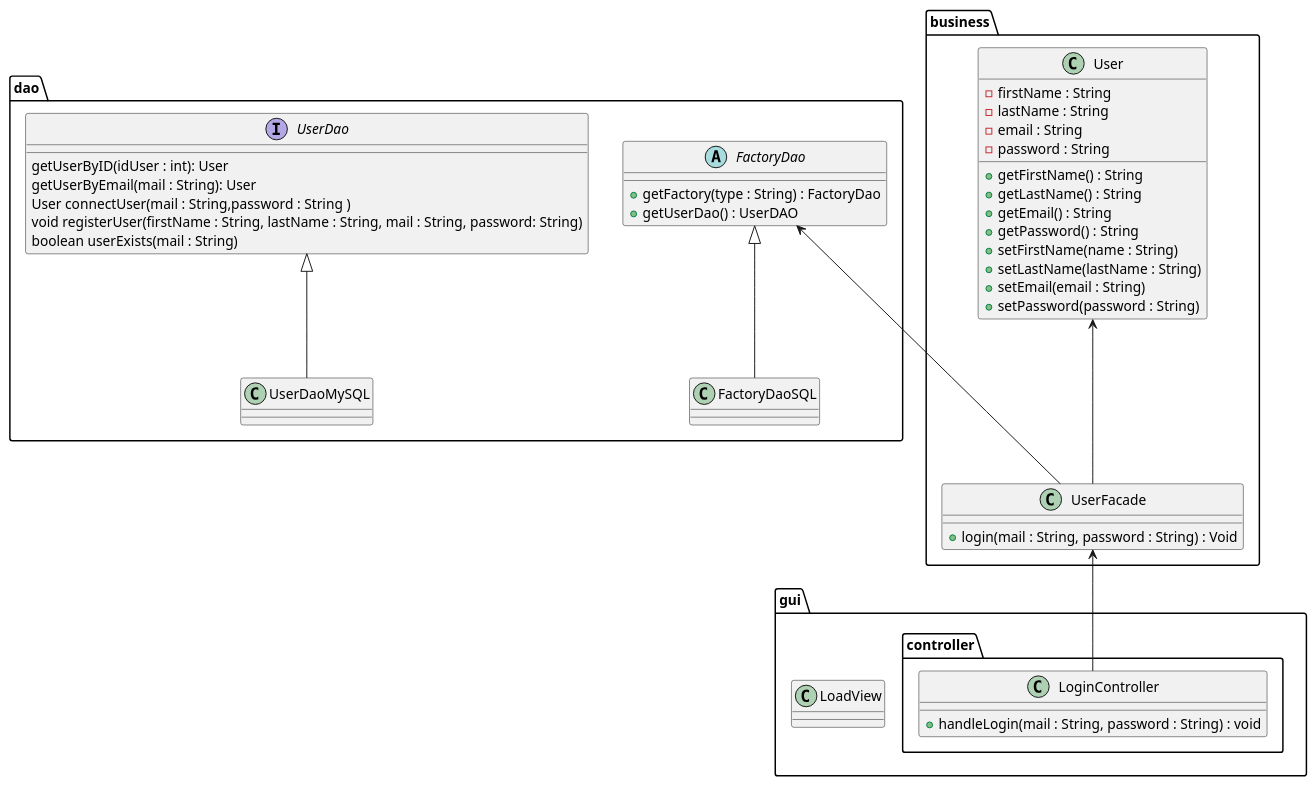
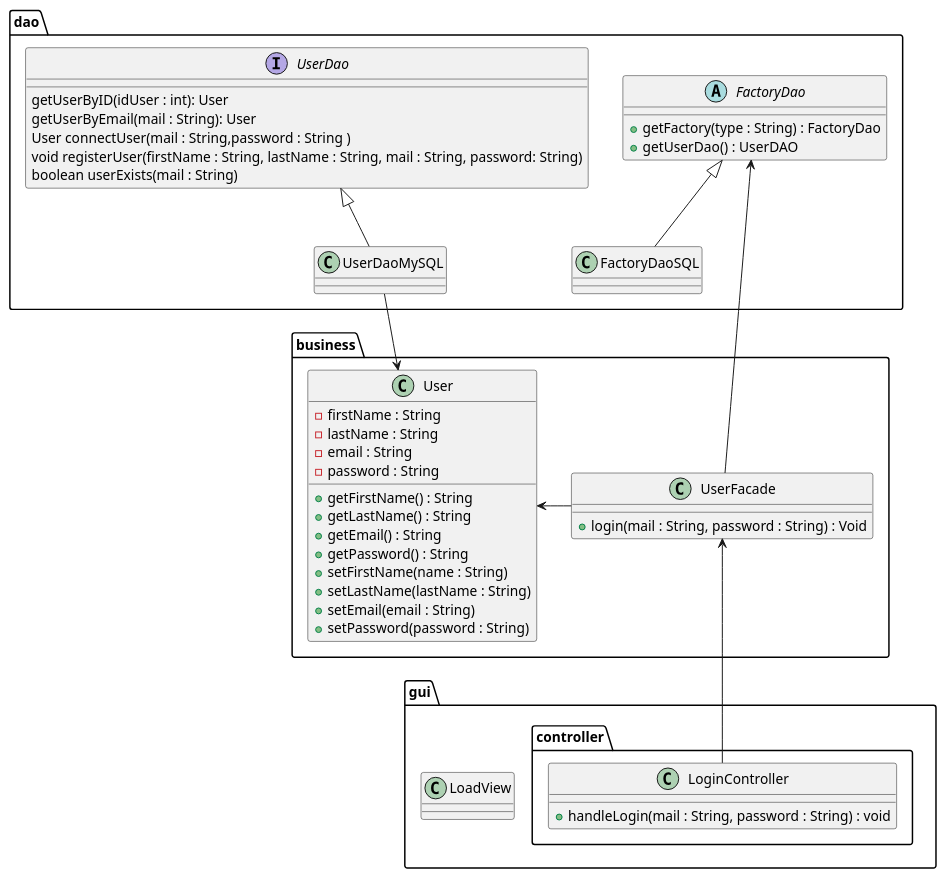
The diagram in documents/diagram/login/loginClass.puml (LaunoisRemy/ToolShare), drawn with PlantUML before and after one commit. The commit also changed 6 other files, not shown here.

```diff
--- a/documents/diagram/login/loginClass.puml
+++ b/documents/diagram/login/loginClass.puml
@@ -1,58 +1,61 @@
 @startuml
 
 package dao {
-    abstract FactoryDao{
-        + getFactory(type : String) : FactoryDao
-        + getUserDao() : UserDAO
-    }
 
-    class FactoryDaoSQL{
-    }
 
     interface UserDao{
         getUserByID(idUser : int): User
         getUserByEmail(mail : String): User
         User connectUser(mail : String,password : String )
         void registerUser(firstName : String, lastName : String, mail : String, password: String)
         boolean userExists(mail : String)
     }
     class UserDaoMySQL
     FactoryDao <|-- FactoryDaoSQL
     UserDao <|-- UserDaoMySQL
+
+    abstract FactoryDao{
+            + getFactory(type : String) : FactoryDao
+            + getUserDao() : UserDAO
+    }
+
+    class FactoryDaoSQL{
+    }
 }
-
 package business{
     class UserFacade{
         +login(mail : String, password : String) : Void
     }
     class User{
         -firstName : String
         -lastName : String
         -email : String
         -password : String
         +getFirstName() : String
         +getLastName() : String
         +getEmail() : String
         +getPassword() : String
         +setFirstName(name : String)
         +setLastName(lastName : String)
         +setEmail(email : String)
         +setPassword(password : String)
     }
     FactoryDao <--- UserFacade
-    User <--- UserFacade
+    User <--Right- UserFacade
+    UserDaoMySQL --> User
 }
 
 package gui{
     class LoadView
     package controller{
         class LoginController{
             + handleLogin(mail : String, password : String) : void
         }
-        UserFacade <-- LoginController
+
     }
 }
+UserFacade <-- LoginController
 
 
 
 @enduml
```
